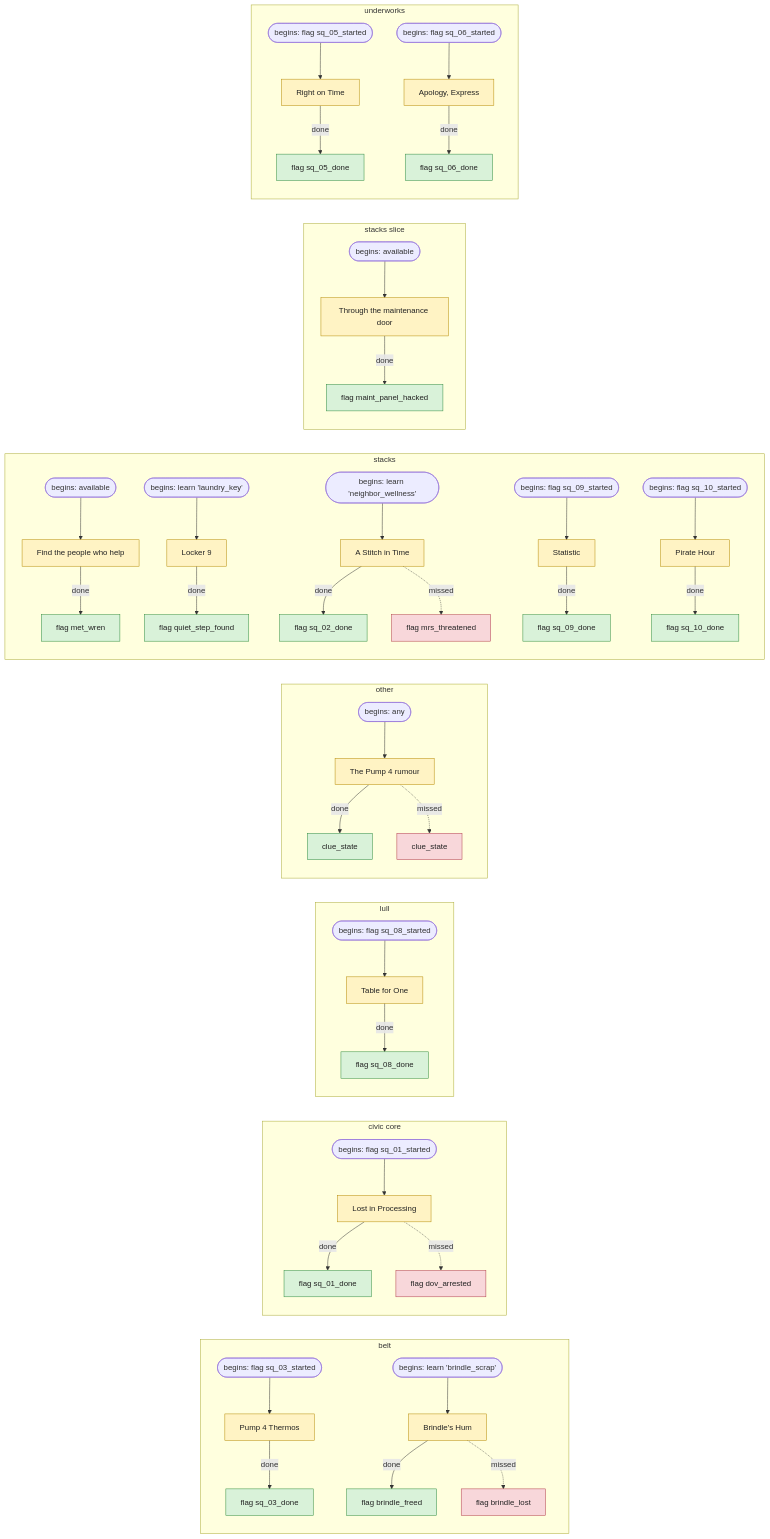
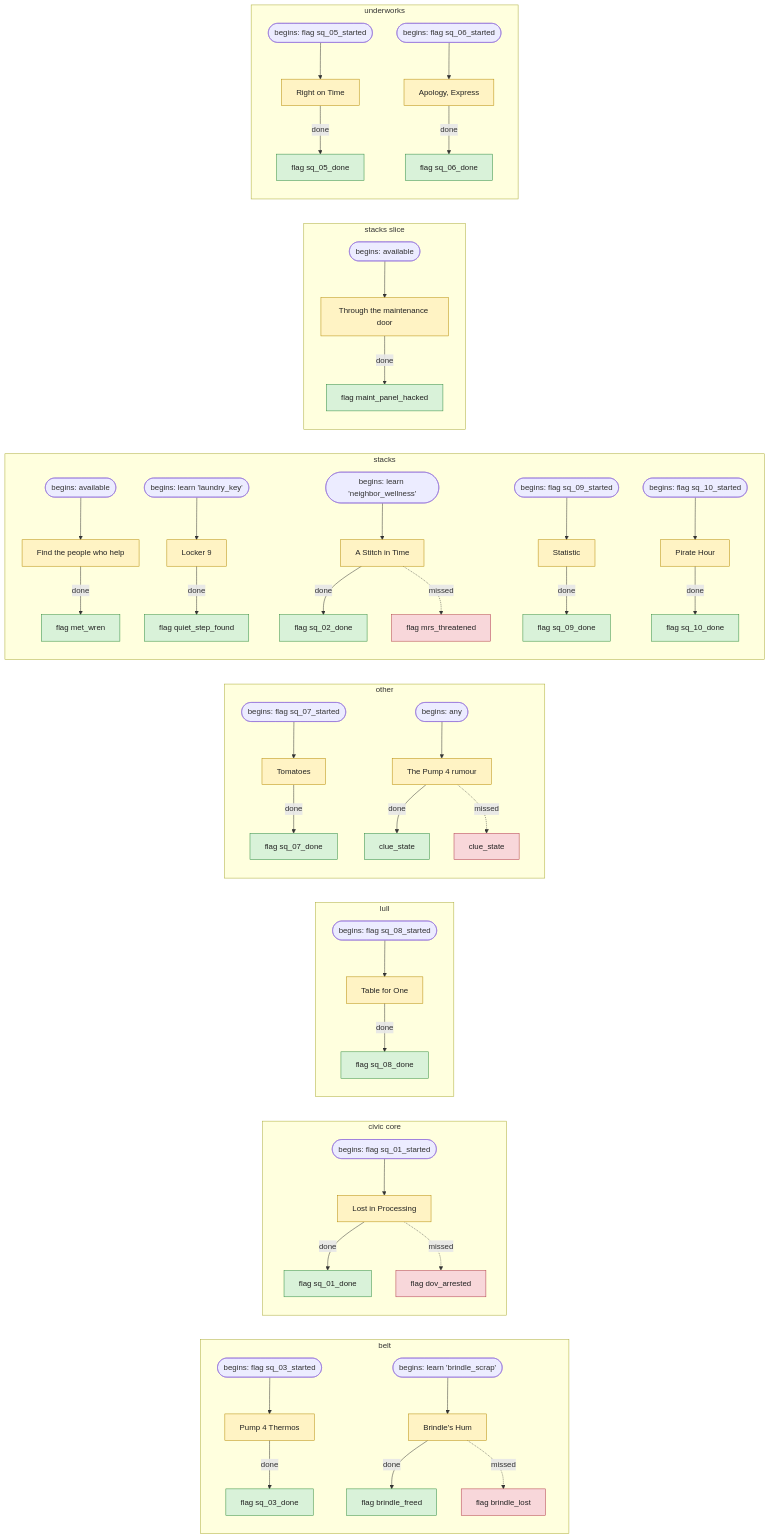
Before and after one commit to chrislee35/quiet-hours: the seventh of 7 diagrams in docs/decision-tree.md, drawn with Mermaid. The commit also changed other lines of this file and 24 other files, not shown here.

Commit message:
T4.4: the Hollow: reached by the Underworks service tunnel, hidden and safe; Marrow, Bede and a first meeting with June; SQ-07 Tomatoes (gasket from the Belt or Wren) and Marrow's consent for June; arriving on alert leaves a trail and raises hollow_risk; tests and docs

````diff
--- a/docs/decision-tree.md
+++ b/docs/decision-tree.md
@@ -272,66 +275,69 @@
 ```mermaid
 flowchart LR
   subgraph belt_map["belt"]
     q_pump4_thermos["Pump 4 Thermos"]
     q_pump4_thermos_start(["begins: flag sq_03_started"]) --> q_pump4_thermos
     q_pump4_thermos -->|done| q_pump4_thermos_ok["flag sq_03_done"]
     q_brindles_hum["Brindle's Hum"]
     q_brindles_hum_start(["begins: learn 'brindle_scrap'"]) --> q_brindles_hum
     q_brindles_hum -->|done| q_brindles_hum_ok["flag brindle_freed"]
     q_brindles_hum -.->|missed| q_brindles_hum_bad["flag brindle_lost"]
   end
   subgraph civic_core_map["civic core"]
     q_lost_in_processing["Lost in Processing"]
     q_lost_in_processing_start(["begins: flag sq_01_started"]) --> q_lost_in_processing
     q_lost_in_processing -->|done| q_lost_in_processing_ok["flag sq_01_done"]
     q_lost_in_processing -.->|missed| q_lost_in_processing_bad["flag dov_arrested"]
   end
   subgraph lull_map["lull"]
     q_table_for_one["Table for One"]
     q_table_for_one_start(["begins: flag sq_08_started"]) --> q_table_for_one
     q_table_for_one -->|done| q_table_for_one_ok["flag sq_08_done"]
   end
   subgraph other_map["other"]
+    q_tomatoes["Tomatoes"]
+    q_tomatoes_start(["begins: flag sq_07_started"]) --> q_tomatoes
+    q_tomatoes -->|done| q_tomatoes_ok["flag sq_07_done"]
     q_pump4_rumour["The Pump 4 rumour"]
     q_pump4_rumour_start(["begins: any"]) --> q_pump4_rumour
     q_pump4_rumour -->|done| q_pump4_rumour_ok["clue_state"]
     q_pump4_rumour -.->|missed| q_pump4_rumour_bad["clue_state"]
   end
   subgraph stacks_map["stacks"]
     q_act1_safehouse["Find the people who help"]
     q_act1_safehouse_start(["begins: available"]) --> q_act1_safehouse
     q_act1_safehouse -->|done| q_act1_safehouse_ok["flag met_wren"]
     q_first_cache["Locker 9"]
     q_first_cache_start(["begins: learn 'laundry_key'"]) --> q_first_cache
     q_first_cache -->|done| q_first_cache_ok["flag quiet_step_found"]
     q_stitch_in_time["A Stitch in Time"]
     q_stitch_in_time_start(["begins: learn 'neighbor_wellness'"]) --> q_stitch_in_time
     q_stitch_in_time -->|done| q_stitch_in_time_ok["flag sq_02_done"]
     q_stitch_in_time -.->|missed| q_stitch_in_time_bad["flag mrs_threatened"]
     q_statistic["Statistic"]
     q_statistic_start(["begins: flag sq_09_started"]) --> q_statistic
     q_statistic -->|done| q_statistic_ok["flag sq_09_done"]
     q_pirate_hour["Pirate Hour"]
     q_pirate_hour_start(["begins: flag sq_10_started"]) --> q_pirate_hour
     q_pirate_hour -->|done| q_pirate_hour_ok["flag sq_10_done"]
   end
   subgraph stacks_slice_map["stacks slice"]
     q_maintenance_wing["Through the maintenance door"]
     q_maintenance_wing_start(["begins: available"]) --> q_maintenance_wing
     q_maintenance_wing -->|done| q_maintenance_wing_ok["flag maint_panel_hacked"]
   end
   subgraph underworks_map["underworks"]
     q_right_on_time["Right on Time"]
     q_right_on_time_start(["begins: flag sq_05_started"]) --> q_right_on_time
     q_right_on_time -->|done| q_right_on_time_ok["flag sq_05_done"]
     q_apology_express["Apology, Express"]
     q_apology_express_start(["begins: flag sq_06_started"]) --> q_apology_express
     q_apology_express -->|done| q_apology_express_ok["flag sq_06_done"]
   end
-  class q_pump4_thermos,q_brindles_hum,q_lost_in_processing,q_table_for_one,q_pump4_rumour,q_act1_safehouse,q_first_cache,q_stitch_in_time,q_statistic,q_pirate_hour,q_maintenance_wing,q_right_on_time,q_apology_express decision
-  class q_pump4_thermos_ok,q_brindles_hum_ok,q_lost_in_processing_ok,q_table_for_one_ok,q_pump4_rumour_ok,q_act1_safehouse_ok,q_first_cache_ok,q_stitch_in_time_ok,q_statistic_ok,q_pirate_hour_ok,q_maintenance_wing_ok,q_right_on_time_ok,q_apology_express_ok achievement
+  class q_pump4_thermos,q_brindles_hum,q_lost_in_processing,q_table_for_one,q_tomatoes,q_pump4_rumour,q_act1_safehouse,q_first_cache,q_stitch_in_time,q_statistic,q_pirate_hour,q_maintenance_wing,q_right_on_time,q_apology_express decision
+  class q_pump4_thermos_ok,q_brindles_hum_ok,q_lost_in_processing_ok,q_table_for_one_ok,q_tomatoes_ok,q_pump4_rumour_ok,q_act1_safehouse_ok,q_first_cache_ok,q_stitch_in_time_ok,q_statistic_ok,q_pirate_hour_ok,q_maintenance_wing_ok,q_right_on_time_ok,q_apology_express_ok achievement
   class q_brindles_hum_bad,q_lost_in_processing_bad,q_pump4_rumour_bad,q_stitch_in_time_bad outcome
   classDef decision fill:#fff3c4,stroke:#b58900,color:#222
   classDef outcome fill:#f8d7da,stroke:#b03a48,color:#222
   classDef achievement fill:#d9f2d9,stroke:#2e8b3d,color:#222
 ```
````
